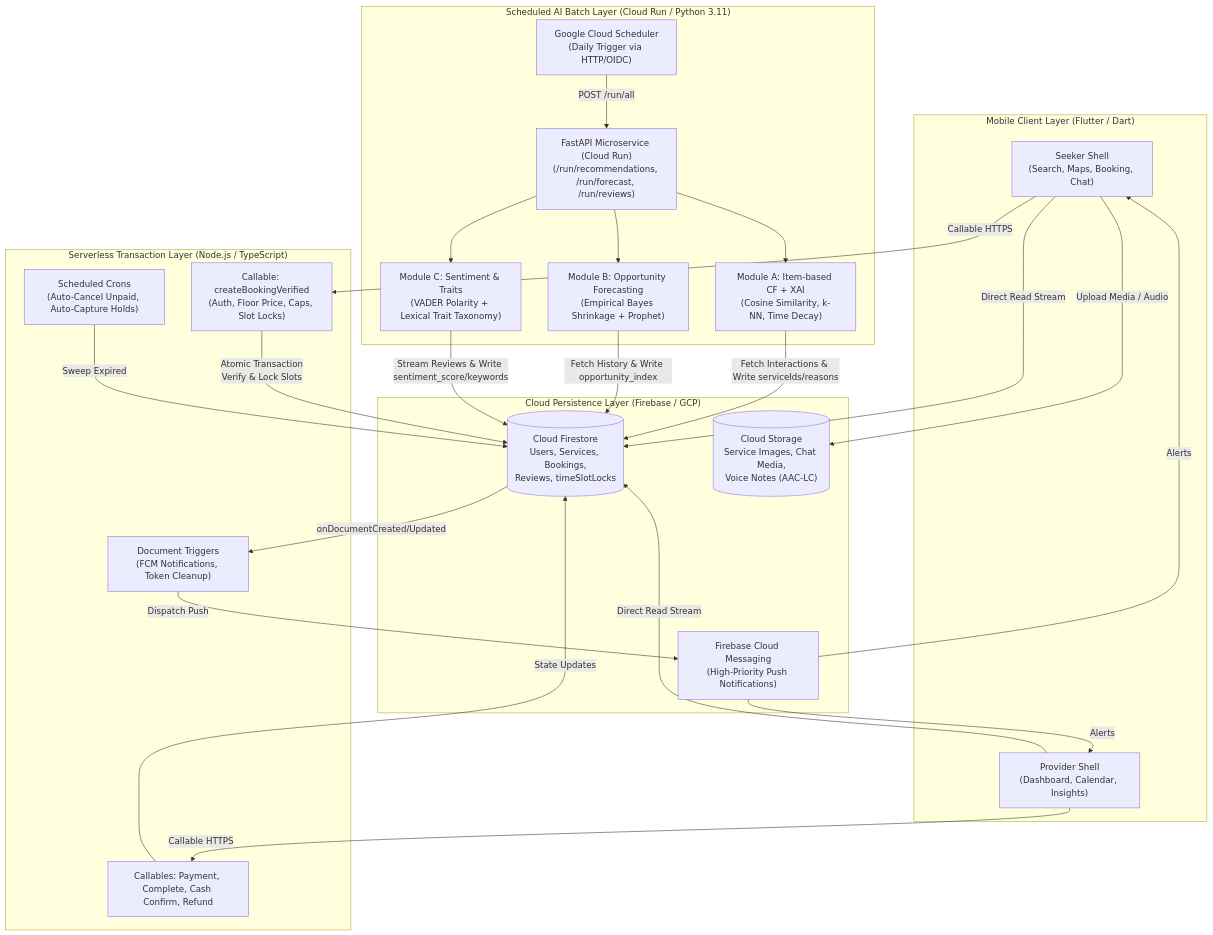
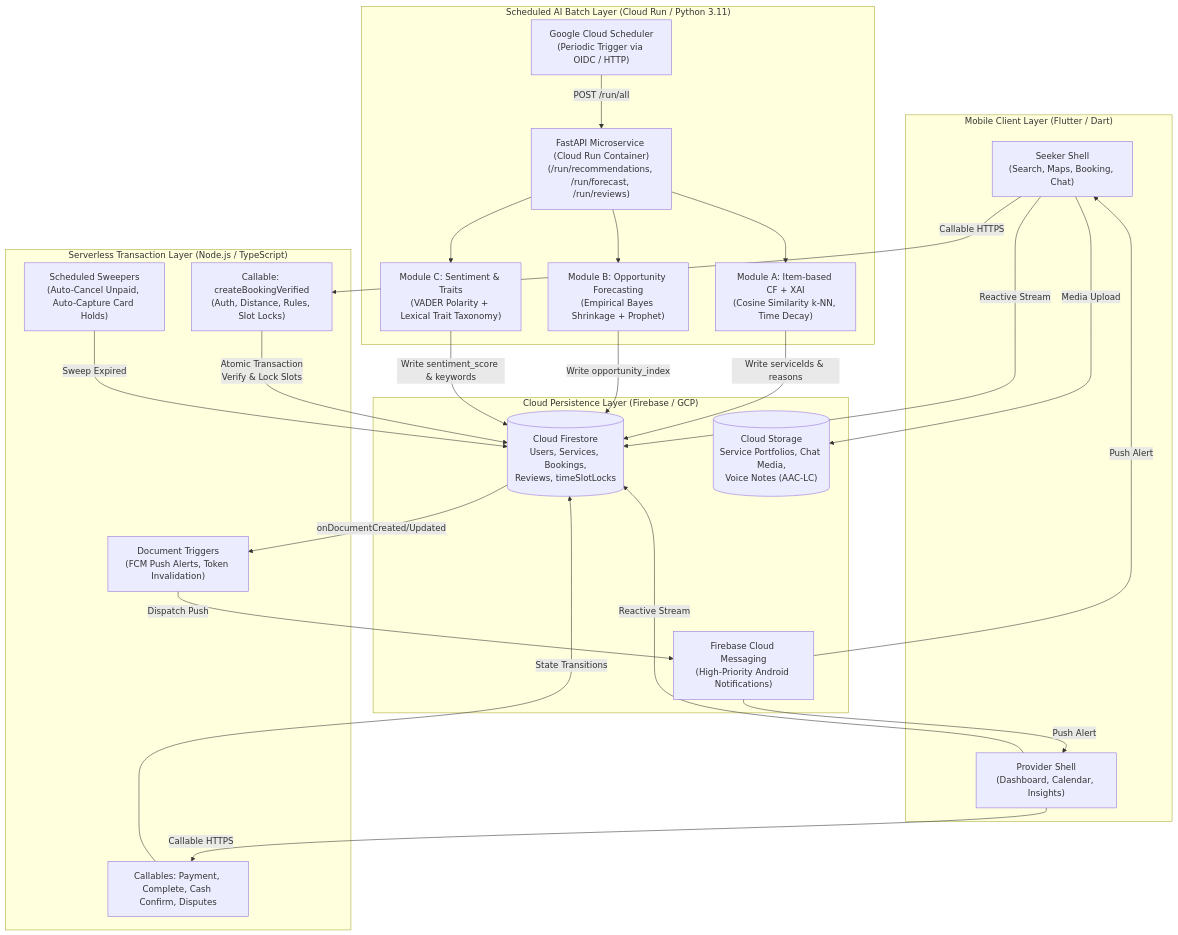
The diagram in README.md (KAIYI7/KLServeLink), drawn with Mermaid before and after one commit. The commit also changed other lines of this file, not shown here.

````diff
--- a/README.md
+++ b/README.md
@@ -36,53 +46,53 @@
 ```mermaid
 flowchart TB
     subgraph ClientLayer["Mobile Client Layer (Flutter / Dart)"]
         SeekerApp["Seeker Shell\n(Search, Maps, Booking, Chat)"]
         ProviderApp["Provider Shell\n(Dashboard, Calendar, Insights)"]
     end
 
     subgraph ServerlessBackend["Serverless Transaction Layer (Node.js / TypeScript)"]
-        CallableBooking["Callable: createBookingVerified\n(Auth, Floor Price, Caps, Slot Locks)"]
-        CallableOps["Callables: Payment, Complete, Cash Confirm, Refund"]
-        FirestoreTriggers["Document Triggers\n(FCM Notifications, Token Cleanup)"]
-        SweeperCrons["Scheduled Crons\n(Auto-Cancel Unpaid, Auto-Capture Holds)"]
+        CallableBooking["Callable: createBookingVerified\n(Auth, Distance, Rules, Slot Locks)"]
+        CallableOps["Callables: Payment, Complete, Cash Confirm, Disputes"]
+        FirestoreTriggers["Document Triggers\n(FCM Push Alerts, Token Invalidation)"]
+        SweeperCrons["Scheduled Sweepers\n(Auto-Cancel Unpaid, Auto-Capture Card Holds)"]
     end
 
     subgraph DataStore["Cloud Persistence Layer (Firebase / GCP)"]
         FirestoreDB[("Cloud Firestore\nUsers, Services, Bookings,\nReviews, timeSlotLocks")]
-        CloudStorage[("Cloud Storage\nService Images, Chat Media,\nVoice Notes (AAC-LC)")]
-        FCM["Firebase Cloud Messaging\n(High-Priority Push Notifications)"]
+        CloudStorage[("Cloud Storage\nService Portfolios, Chat Media,\nVoice Notes (AAC-LC)")]
+        FCM["Firebase Cloud Messaging\n(High-Priority Android Notifications)"]
     end
 
     subgraph AIBatchService["Scheduled AI Batch Layer (Cloud Run / Python 3.11)"]
-        CloudScheduler["Google Cloud Scheduler\n(Daily Trigger via HTTP/OIDC)"]
-        FastAPIService["FastAPI Microservice (Cloud Run)\n(/run/recommendations, /run/forecast, /run/reviews)"]
-        RecEngine["Module A: Item-based CF + XAI\n(Cosine Similarity, k-NN, Time Decay)"]
+        CloudScheduler["Google Cloud Scheduler\n(Periodic Trigger via OIDC / HTTP)"]
+        FastAPIService["FastAPI Microservice (Cloud Run Container)\n(/run/recommendations, /run/forecast, /run/reviews)"]
+        RecEngine["Module A: Item-based CF + XAI\n(Cosine Similarity k-NN, Time Decay)"]
         ForecastEngine["Module B: Opportunity Forecasting\n(Empirical Bayes Shrinkage + Prophet)"]
         ReviewEngine["Module C: Sentiment & Traits\n(VADER Polarity + Lexical Trait Taxonomy)"]
     end
 
     %% Client Interactions
     SeekerApp -->|"Callable HTTPS"| CallableBooking
-    SeekerApp -->|"Direct Read Stream"| FirestoreDB
-    SeekerApp -->|"Upload Media / Audio"| CloudStorage
+    SeekerApp -->|"Reactive Stream"| FirestoreDB
+    SeekerApp -->|"Media Upload"| CloudStorage
     ProviderApp -->|"Callable HTTPS"| CallableOps
-    ProviderApp -->|"Direct Read Stream"| FirestoreDB
+    ProviderApp -->|"Reactive Stream"| FirestoreDB
 
     %% Serverless Actions
     CallableBooking -->|"Atomic Transaction\nVerify & Lock Slots"| FirestoreDB
-    CallableOps -->|"State Updates"| FirestoreDB
+    CallableOps -->|"State Transitions"| FirestoreDB
     FirestoreDB -->|"onDocumentCreated/Updated"| FirestoreTriggers
     FirestoreTriggers -->|"Dispatch Push"| FCM
-    FCM -->|"Alerts"| SeekerApp
-    FCM -->|"Alerts"| ProviderApp
+    FCM -->|"Push Alert"| SeekerApp
+    FCM -->|"Push Alert"| ProviderApp
     SweeperCrons -->|"Sweep Expired"| FirestoreDB
 
     %% AI Batch Processing
     CloudScheduler -->|"POST /run/all"| FastAPIService
     FastAPIService --> RecEngine
     FastAPIService --> ForecastEngine
     FastAPIService --> ReviewEngine
-    RecEngine -->|"Fetch Interactions & Write serviceIds/reasons"| FirestoreDB
-    ForecastEngine -->|"Fetch History & Write opportunity_index"| FirestoreDB
-    ReviewEngine -->|"Stream Reviews & Write sentiment_score/keywords"| FirestoreDB
+    RecEngine -->|"Write serviceIds & reasons"| FirestoreDB
+    ForecastEngine -->|"Write opportunity_index"| FirestoreDB
+    ReviewEngine -->|"Write sentiment_score & keywords"| FirestoreDB
 ```
````
